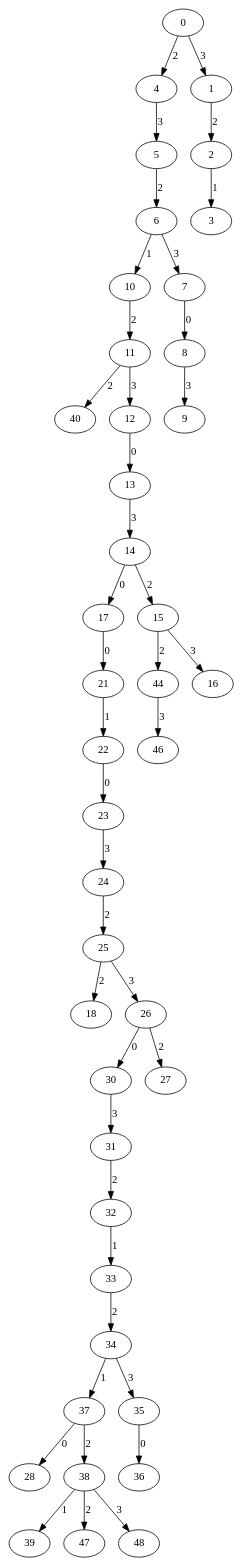
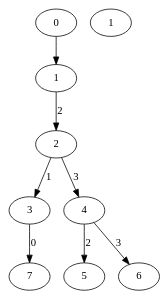
The diagram in images/dot/tree.dot (lucasduartec/DCC014), drawn with Graphviz before and after one commit. The commit also changed 3 other files, not shown here.

Commit message:
Add small maze graph files

```diff
--- a/images/dot/tree.dot
+++ b/images/dot/tree.dot
@@ -1,86 +1,18 @@
 strict digraph tree {
 rankdir=TB;
   0 [label="0"];
+  1 [label="1"];
+  2 [label="2"];
+  3 [label="3"];
+  7 [label="7"];
+  3 -> 7 [label="0"];
   4 [label="4"];
   5 [label="5"];
   6 [label="6"];
-  10 [label="10"];
-  11 [label="11"];
-  40 [label="40"];
-  12 [label="12"];
-  13 [label="13"];
-  14 [label="14"];
-  17 [label="17"];
-  21 [label="21"];
-  22 [label="22"];
-  23 [label="23"];
-  24 [label="24"];
-  25 [label="25"];
-  18 [label="18"];
-  26 [label="26"];
-  30 [label="30"];
-  31 [label="31"];
-  32 [label="32"];
-  33 [label="33"];
-  34 [label="34"];
-  37 [label="37"];
-  28 [label="28"];
-  38 [label="38"];
-  39 [label="39"];
-  47 [label="47"];
-  48 [label="48"];
-  38 -> 39 [label="1"];
-  38 -> 47 [label="2"];
-  38 -> 48 [label="3"];
-  37 -> 28 [label="0"];
-  37 -> 38 [label="2"];
-  35 [label="35"];
-  36 [label="36"];
-  35 -> 36 [label="0"];
-  34 -> 37 [label="1"];
-  34 -> 35 [label="3"];
-  33 -> 34 [label="2"];
-  32 -> 33 [label="1"];
-  31 -> 32 [label="2"];
-  30 -> 31 [label="3"];
-  27 [label="27"];
-  26 -> 30 [label="0"];
-  26 -> 27 [label="2"];
-  25 -> 18 [label="2"];
-  25 -> 26 [label="3"];
-  24 -> 25 [label="2"];
-  23 -> 24 [label="3"];
-  22 -> 23 [label="0"];
-  21 -> 22 [label="1"];
-  17 -> 21 [label="0"];
-  15 [label="15"];
-  44 [label="44"];
-  46 [label="46"];
-  44 -> 46 [label="3"];
-  16 [label="16"];
-  15 -> 44 [label="2"];
-  15 -> 16 [label="3"];
-  14 -> 17 [label="0"];
-  14 -> 15 [label="2"];
-  13 -> 14 [label="3"];
-  12 -> 13 [label="0"];
-  11 -> 40 [label="2"];
-  11 -> 12 [label="3"];
-  10 -> 11 [label="2"];
-  7 [label="7"];
-  8 [label="8"];
-  9 [label="9"];
-  8 -> 9 [label="3"];
-  7 -> 8 [label="0"];
-  6 -> 10 [label="1"];
-  6 -> 7 [label="3"];
-  5 -> 6 [label="2"];
-  4 -> 5 [label="3"];
-  1 [label="1"];
-  2 [label="2"];
-  3 [label="3"];
+  4 -> 5 [label="2"];
+  4 -> 6 [label="3"];
   2 -> 3 [label="1"];
+  2 -> 4 [label="3"];
   1 -> 2 [label="2"];
-  0 -> 4 [label="2"];
-  0 -> 1 [label="3"];
+  0 -> 1 [label="1"];
 }
```
